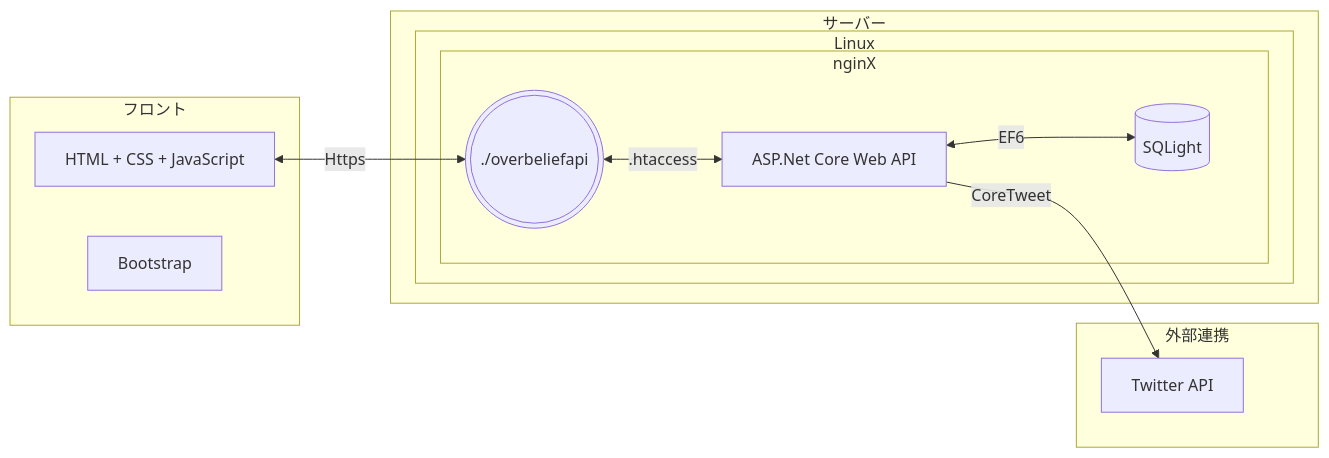
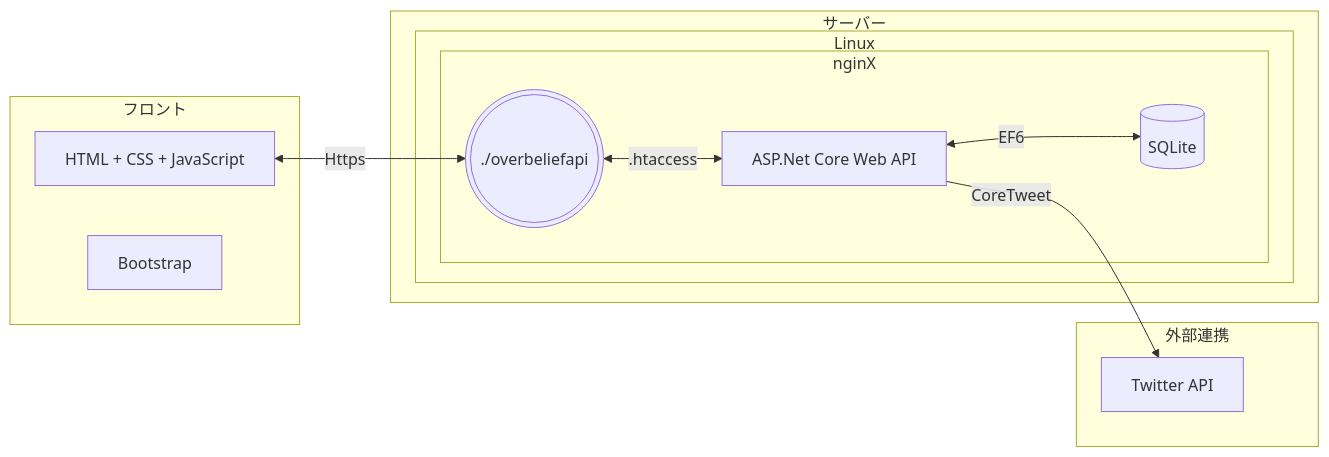
One commit to cancaodosol/OverBeliefAPI changed the first of 2 diagrams in Documents/アプリケーション全体図.md. Above: the diagram before and after it, drawn with Mermaid. The commit also changed other lines of this file, not shown here.

Commit message:
ダサめの綴り間違いを修正。

````diff
--- a/Documents/アプリケーション全体図.md
+++ b/Documents/アプリケーション全体図.md
@@ -21,27 +21,27 @@
 ```mermaid
 flowchart LR
     subgraph front [フロント]
         base[HTML + CSS + JavaScript]
         Bootstrap
     end
 
     base<-->|Https| appport
 
     subgraph server [サーバー]
         subgraph linux_server [Linux]
             subgraph nginX [nginX]
                 appport(((./overbeliefapi)))
                 apiapp[ASP.Net Core Web API]
-                db[(SQLight)]
+                db[(SQLite)]
                 appport<-->|.htaccess| apiapp
                 apiapp<-->|EF6| db
             end
         end
     end
 
     apiapp-->|CoreTweet| twitterapi
 
     subgraph other_conn [外部連携]
         twitterapi[Twitter API]
     end
 ```
````
